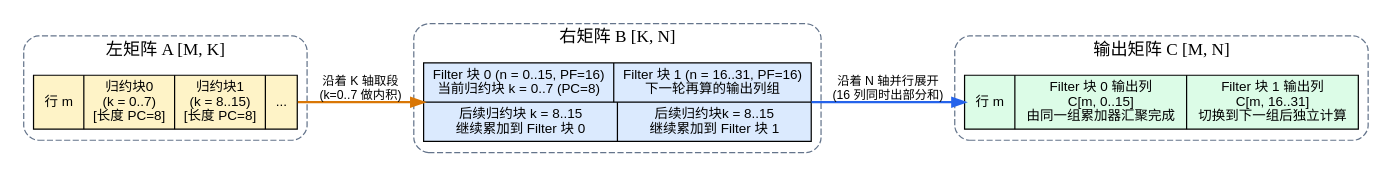
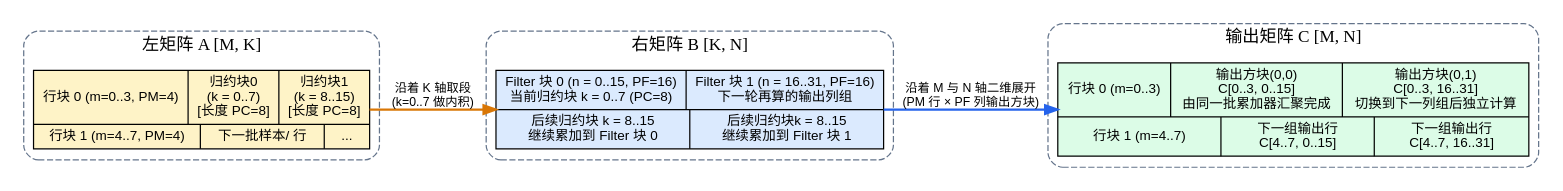
Before and after one commit to hqu-little-boy/blog: the second of 6 diagrams in src/content/posts/matmul-tiling-filter-block-and-reduction-block-guide.md, drawn with Graphviz. The commit also changed other lines of this file, not shown here.

Commit message:
docs: 补充 Matmul 沿 M 轴的行块/空间块解析与三维数据复用图解

````diff
--- a/src/content/posts/matmul-tiling-filter-block-and-reduction-block-guide.md
+++ b/src/content/posts/matmul-tiling-filter-block-and-reduction-block-guide.md
@@ -107,31 +111,31 @@
 ```dot
 digraph MatmulAnatomy {
     rankdir=LR;
     node [shape=record, fontname="sans-serif", fontsize=11];
     edge [fontname="sans-serif", fontsize=10];
 
     subgraph cluster_A {
         label="左矩阵 A [M, K]";
         style="rounded,dashed";
         color="#64748b";
-        A_box [label="{行 m | 归约块 0\n(k = 0..7)\n[长度 PC=8] | 归约块 1\n(k = 8..15)\n[长度 PC=8] | ...}", fillcolor="#fef3c7", style="filled"];
+        A_box [label="{行块 0 (m=0..3, PM=4) | 归约块 0\n(k = 0..7)\n[长度 PC=8] | 归约块 1\n(k = 8..15)\n[长度 PC=8]} | {行块 1 (m=4..7, PM=4) | 下一批样本 / 行 | ...}", fillcolor="#fef3c7", style="filled"];
     }
 
     subgraph cluster_B {
         label="右矩阵 B [K, N]";
         style="rounded,dashed";
         color="#64748b";
         B_box [label="{<b0> Filter 块 0 (n = 0..15, PF=16)\n当前归约块 k = 0..7 (PC=8) | <b1> Filter 块 1 (n = 16..31, PF=16)\n下一轮再算的输出列组} | {后续归约块 k = 8..15\n继续累加到 Filter 块 0 | 后续归约块 k = 8..15\n继续累加到 Filter 块 1}", fillcolor="#dbeafe", style="filled"];
     }
 
     subgraph cluster_C {
         label="输出矩阵 C [M, N]";
         style="rounded,dashed";
         color="#64748b";
-        C_box [label="{行 m | Filter 块 0 输出列\nC[m, 0..15]\n由同一组累加器汇聚完成 | Filter 块 1 输出列\nC[m, 16..31]\n切换到下一组后独立计算}", fillcolor="#dcfce7", style="filled"];
+        C_box [label="{行块 0 (m=0..3) | 输出方块 (0,0)\nC[0..3, 0..15]\n由同一批累加器汇聚完成 | 输出方块 (0,1)\nC[0..3, 16..31]\n切换到下一列组后独立计算} | {行块 1 (m=4..7) | 下一组输出行\nC[4..7, 0..15] | 下一组输出行\nC[4..7, 16..31]}", fillcolor="#dcfce7", style="filled"];
     }
 
     A_box -> B_box [label="沿着 K 轴取段\n(k=0..7 做内积)", color="#d97706", penwidth=1.8];
-    B_box -> C_box [label="沿着 N 轴并行展开\n(16 列同时出部分和)", color="#2563eb", penwidth=1.8];
+    B_box -> C_box [label="沿着 M 与 N 轴二维展开\n(PM 行 × PF 列输出方块)", color="#2563eb", penwidth=1.8];
 }
 ```
````
